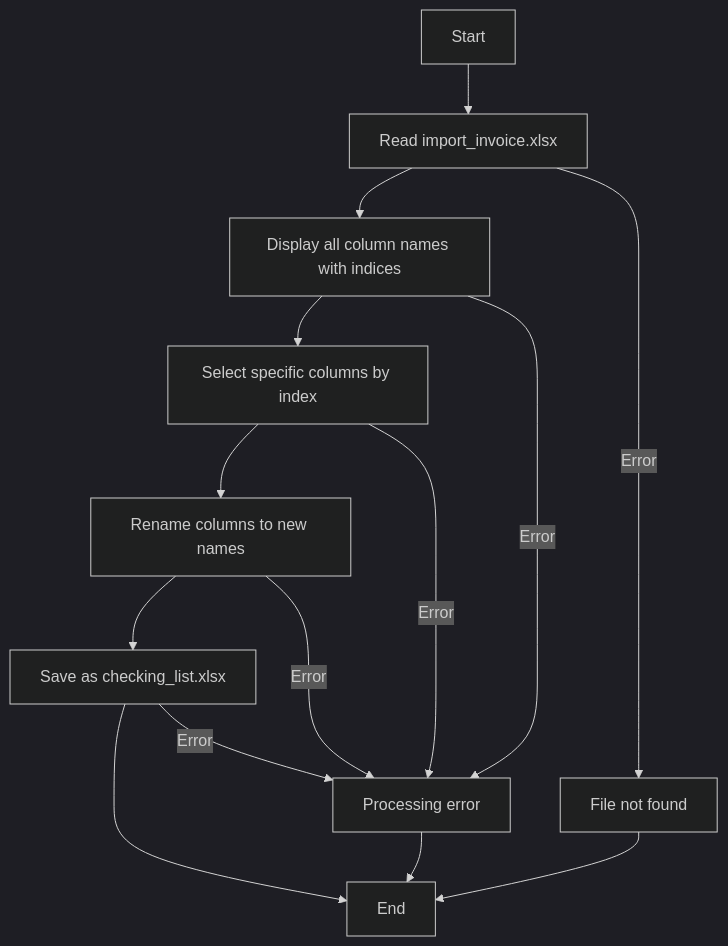
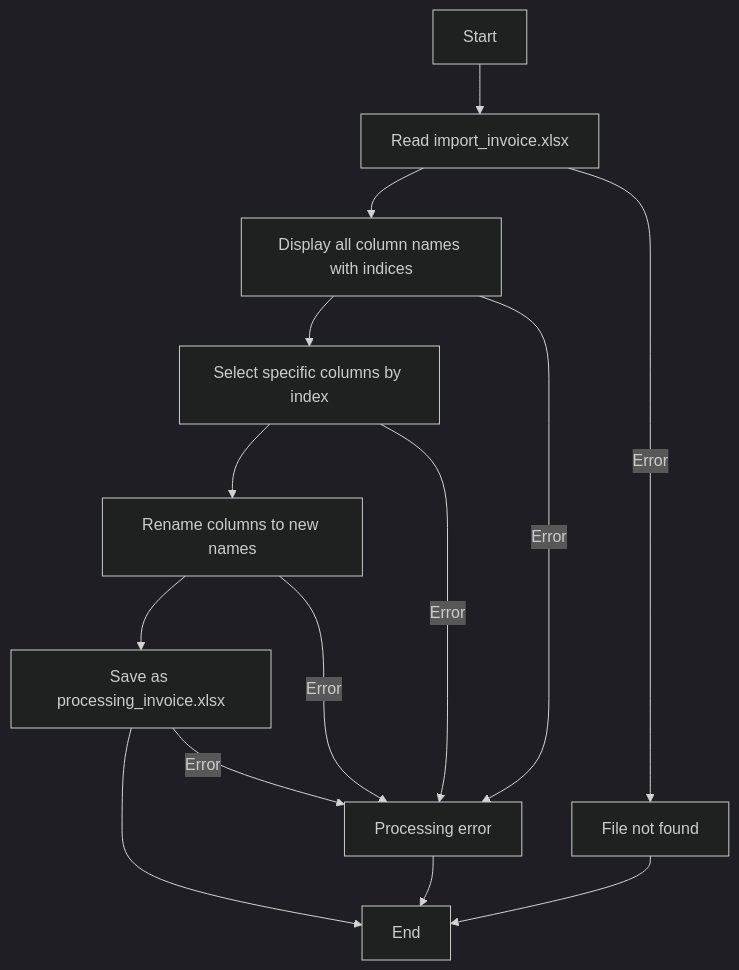
Before and after one commit to anlaganlag/checklist_invoice: the diagram in README.md, drawn with Mermaid (dark theme). The commit also changed other lines of this file and 27 other files, not shown here.

````diff
--- a/README.md
+++ b/README.md
@@ -11,17 +11,17 @@
 ```mermaid
 flowchart TD
     A[Start] --> B[Read import_invoice.xlsx]
     B --> C[Display all column names with indices]
     C --> D[Select specific columns by index]
     D --> E[Rename columns to new names]
-    E --> F[Save as checking_list.xlsx]
+    E --> F[Save as processing_invoice.xlsx]
     F --> G[End]
     
     B -- Error --> H[File not found]
     H --> G
     C -- Error --> I[Processing error]
     I --> G
     D -- Error --> I
     E -- Error --> I
     F -- Error --> I
 ```
````
